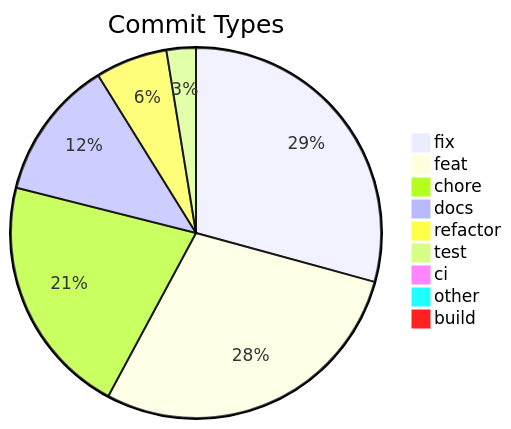
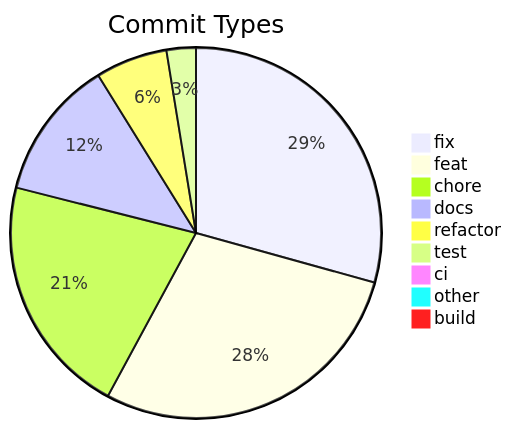
One commit to svenroth-ai/shipwright changed the diagram in .shipwright/compliance/change-history.md. Above: the diagram before and after it, drawn with Mermaid. The commit also changed other lines of this file and 29 other files, not shown here.

````diff
--- a/.shipwright/compliance/change-history.md
+++ b/.shipwright/compliance/change-history.md
@@ -10,12 +10,12 @@
 ```mermaid
 pie title Commit Types
-    "fix" : 354
+    "fix" : 355
     "feat" : 346
     "chore" : 255
     "docs" : 148
     "refactor" : 76
     "test" : 31
     "ci" : 11
     "other" : 9
     "build" : 1
 ```
````
